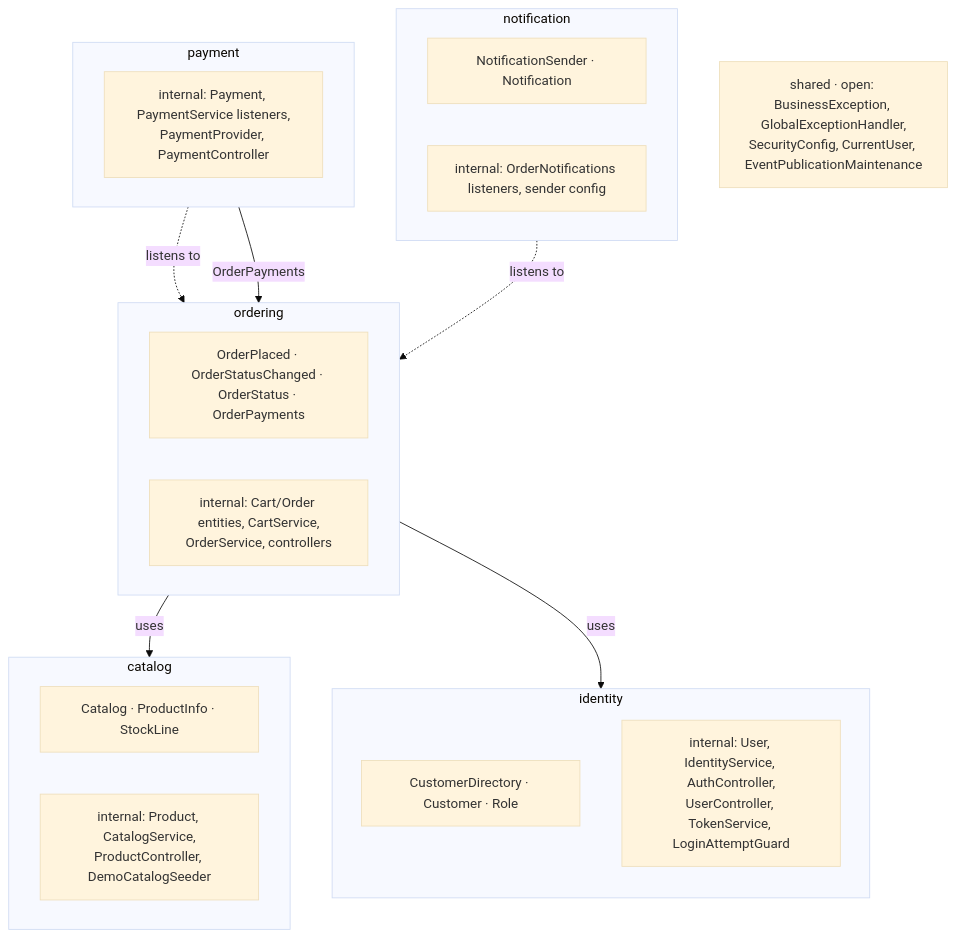
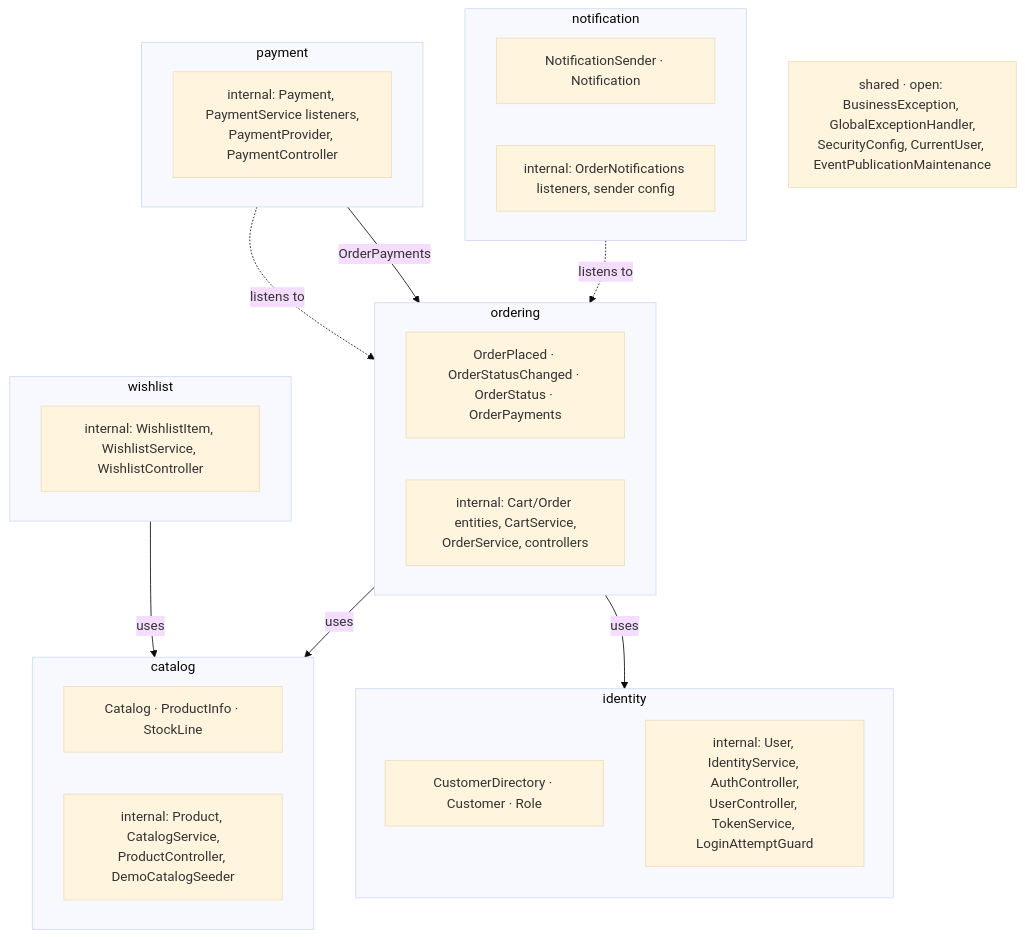
One commit to Ritiksharmaji/Spring-Boot-Microservices changed the first of 4 diagrams in ecommerce-monolith/docs/ARCHITECTURE.md. Above: the diagram before and after it, drawn with Mermaid (base theme). The commit also changed other lines of this file and 11 other files, not shown here.

````diff
--- a/ecommerce-monolith/docs/ARCHITECTURE.md
+++ b/ecommerce-monolith/docs/ARCHITECTURE.md
@@ -5,30 +5,34 @@
 ```mermaid
 flowchart TB
     subgraph identity[identity]
       direction TB
       ia[CustomerDirectory · Customer · Role]
       ii[internal: User, IdentityService, AuthController,<br/>UserController, TokenService, LoginAttemptGuard]
     end
     subgraph catalog[catalog]
       ca[Catalog · ProductInfo · StockLine]
       ci[internal: Product, CatalogService,<br/>ProductController, DemoCatalogSeeder]
     end
     subgraph ordering[ordering]
       oa[OrderPlaced · OrderStatusChanged · OrderStatus · OrderPayments]
       oi[internal: Cart/Order entities, CartService,<br/>OrderService, controllers]
     end
     subgraph payment[payment]
       pi[internal: Payment, PaymentService listeners,<br/>PaymentProvider, PaymentController]
     end
     subgraph notification[notification]
       na[NotificationSender · Notification]
       ni[internal: OrderNotifications listeners, sender config]
     end
+    subgraph wishlist[wishlist]
+      wi[internal: WishlistItem, WishlistService, WishlistController]
+    end
     shared[shared · open: BusinessException, GlobalExceptionHandler,<br/>SecurityConfig, CurrentUser, EventPublicationMaintenance]
+    wishlist -->|uses| catalog
 
     ordering -->|uses| catalog
     ordering -->|uses| identity
     payment -. listens to .-> ordering
     payment -->|OrderPayments| ordering
     notification -. listens to .-> ordering
 ```
````
